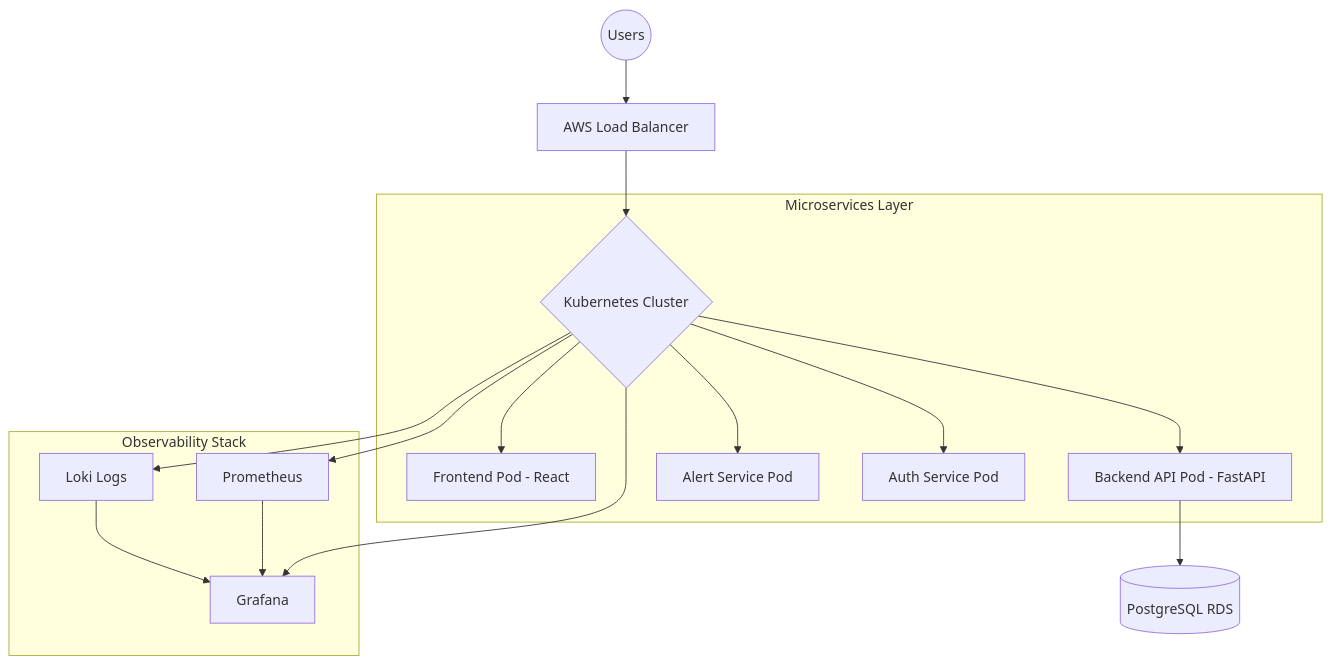
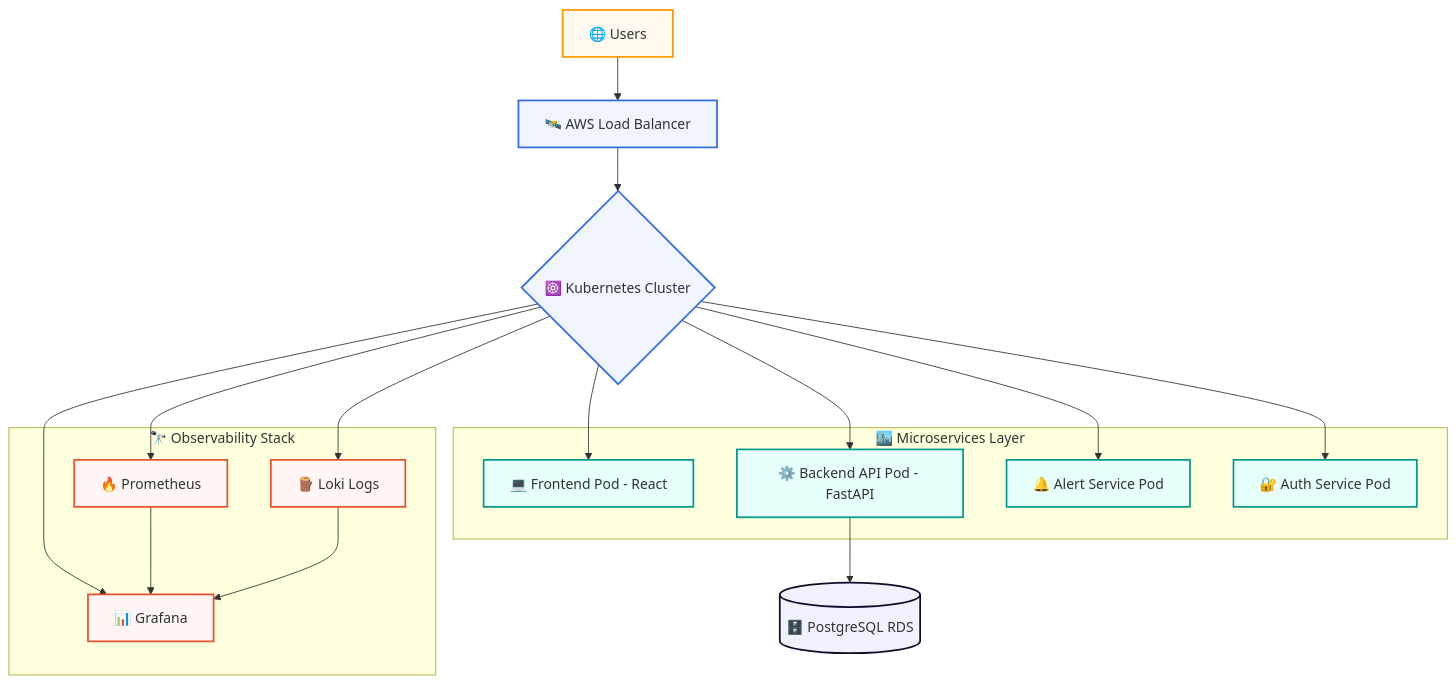
The diagram in docs/00_project_foundation/03_Initiation.md (charan21042005/cloud-sentinel-platform), drawn with Mermaid before and after one commit. The commit also changed other lines of this file and 4 other files, not shown here.

Commit message:
improvements done for all mermaids

````diff
--- a/docs/00_project_foundation/03_Initiation.md
+++ b/docs/00_project_foundation/03_Initiation.md
@@ -42,22 +42,49 @@
 ```mermaid
 graph TD
-    User((Users)) --> ALB[AWS Load Balancer]
-    ALB --> K8S{Kubernetes Cluster}
+    %% Node Definitions
+    USER["🌐 Users"]
+    ALB["🛰️ AWS Load Balancer"]
+    K8S{"☸️ Kubernetes Cluster"}
     
-    subgraph "Microservices Layer"
-        K8S --> FE[Frontend Pod - React]
-        K8S --> BE[Backend API Pod - FastAPI]
-        K8S --> AS[Alert Service Pod]
-        K8S --> AU[Auth Service Pod]
+    subgraph SVC ["🏙️ Microservices Layer"]
+        FE["💻 Frontend Pod - React"]
+        BE["⚙️ Backend API Pod - FastAPI"]
+        AS["🔔 Alert Service Pod"]
+        AU["🔐 Auth Service Pod"]
     end
 
-    subgraph "Observability Stack"
-        K8S --> Prom[Prometheus]
-        K8S --> Graf[Grafana]
-        K8S --> Loki[Loki Logs]
+    subgraph OBS ["🔭 Observability Stack"]
+        PROM["🔥 Prometheus"]
+        GRAF["📊 Grafana"]
+        LOKI["🪵 Loki Logs"]
     end
 
-    BE --> DB[(PostgreSQL RDS)]
-    Prom --> Graf
-    Loki --> Graf
+    DB[("🗄️ PostgreSQL RDS")]
+
+    %% Connections
+    USER --> ALB
+    ALB --> K8S
+    K8S --> FE
+    K8S --> BE
+    K8S --> AS
+    K8S --> AU
+    K8S --> PROM
+    K8S --> GRAF
+    K8S --> LOKI
+    BE --> DB
+    PROM --> GRAF
+    LOKI --> GRAF
+
+    %% Styling Definitions
+    style USER fill:#fff9f0,stroke:#FF9900,stroke-width:2px
+    style ALB fill:#f0f4ff,stroke:#326CE5,stroke-width:2px
+    style K8S fill:#f0f4ff,stroke:#326CE5,stroke-width:2px
+    style FE fill:#e6fffa,stroke:#05998b,stroke-width:2px
+    style BE fill:#e6fffa,stroke:#05998b,stroke-width:2px
+    style AS fill:#e6fffa,stroke:#05998b,stroke-width:2px
+    style AU fill:#e6fffa,stroke:#05998b,stroke-width:2px
+    style PROM fill:#fff5f5,stroke:#E6522C,stroke-width:2px
+    style GRAF fill:#fff5f5,stroke:#E6522C,stroke-width:2px
+    style LOKI fill:#fff5f5,stroke:#E6522C,stroke-width:2px
+    style DB fill:#f0f0ff,stroke:#0f0c29,stroke-width:2px
 ```
````
